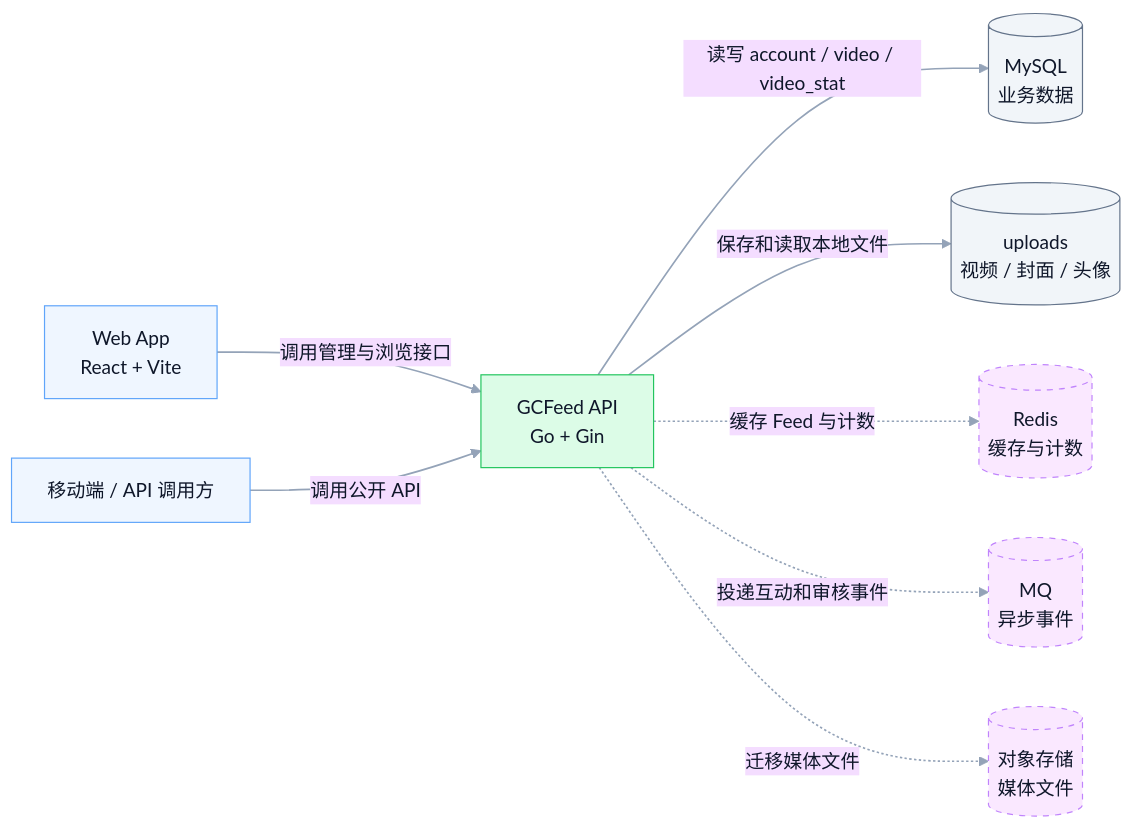
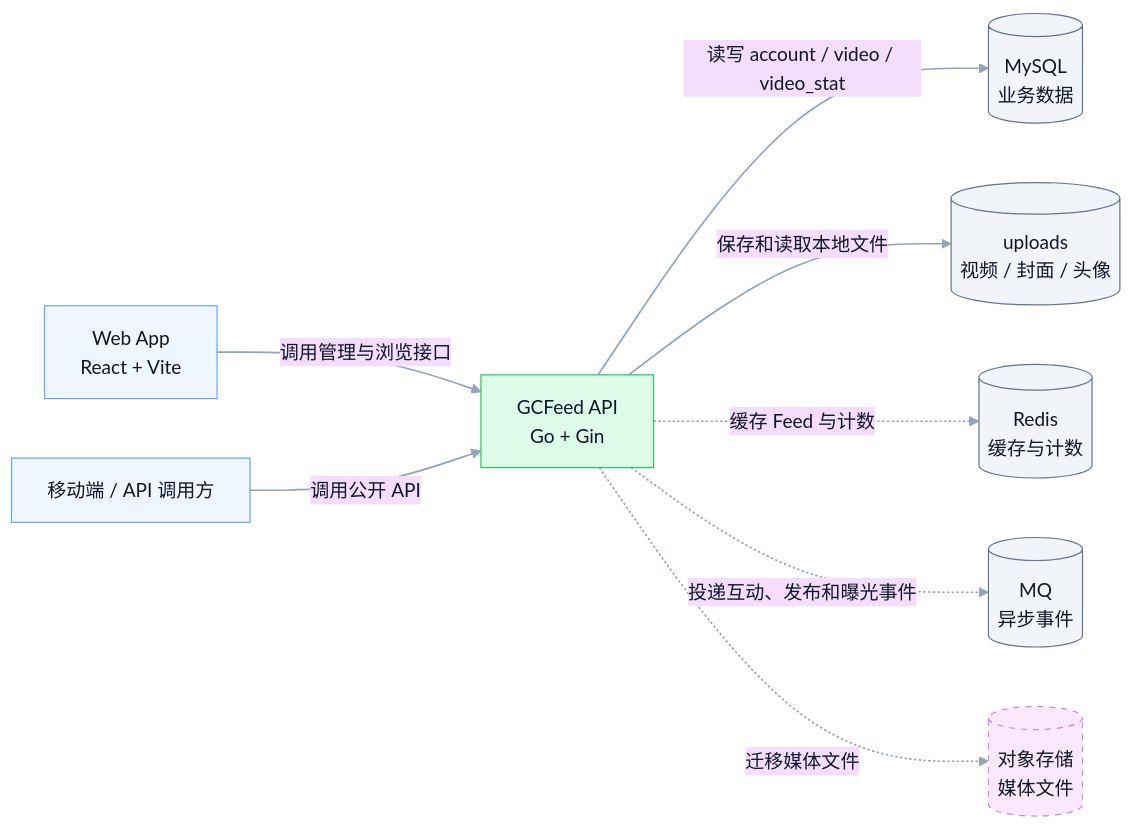
The first of 5 diagrams in docs/architecture.md (Cook030/FeedVideoPlatform), drawn with Mermaid before and after one commit. The commit also changed other lines of this file and 10 other files, not shown here.

````diff
--- a/docs/architecture.md
+++ b/docs/architecture.md
@@ -9,43 +9,43 @@
 ```mermaid
 ---
 config:
   theme: base
   layout: dagre
   themeVariables:
     background: transparent
     fontFamily: Inter, PingFang SC, Microsoft YaHei, Arial
     primaryTextColor: "#0F172A"
     lineColor: "#94A3B8"
     clusterBkg: "#F8FAFC"
     clusterBorder: "#CBD5E1"
 ---
 flowchart LR
   %% GCFeed MVP system context
   classDef client fill:#EFF6FF,stroke:#60A5FA,color:#0F172A,stroke-width:1px;
   classDef system fill:#DCFCE7,stroke:#22C55E,color:#0F172A,stroke-width:1px;
   classDef store fill:#F1F5F9,stroke:#64748B,color:#0F172A,stroke-width:1px;
   classDef future fill:#FAE8FF,stroke:#C084FC,color:#0F172A,stroke-width:1px,stroke-dasharray:5 5;
 
   Web["Web App<br/>React + Vite"]
   Client["移动端 / API 调用方"]
   API["GCFeed API<br/>Go + Gin"]
   MySQL[("MySQL<br/>业务数据")]
   Uploads[("uploads<br/>视频 / 封面 / 头像")]
   Redis[("Redis<br/>缓存与计数")]
   MQ[("MQ<br/>异步事件")]
   ObjectStorage[("对象存储<br/>媒体文件")]
 
   Web -->|"调用管理与浏览接口"| API
   Client -->|"调用公开 API"| API
   API -->|"读写 account / video / video_stat"| MySQL
   API -->|"保存和读取本地文件"| Uploads
   API -.->|"缓存 Feed 与计数"| Redis
-  API -.->|"投递互动和审核事件"| MQ
+  API -.->|"投递互动、发布和曝光事件"| MQ
   API -.->|"迁移媒体文件"| ObjectStorage
 
   class Web,Client client;
   class API system;
-  class MySQL,Uploads store;
-  class Redis,MQ,ObjectStorage future;
+  class MySQL,Uploads,Redis,MQ store;
+  class ObjectStorage future;
   linkStyle default stroke:#94A3B8,stroke-width:1.4px
 ```
````
